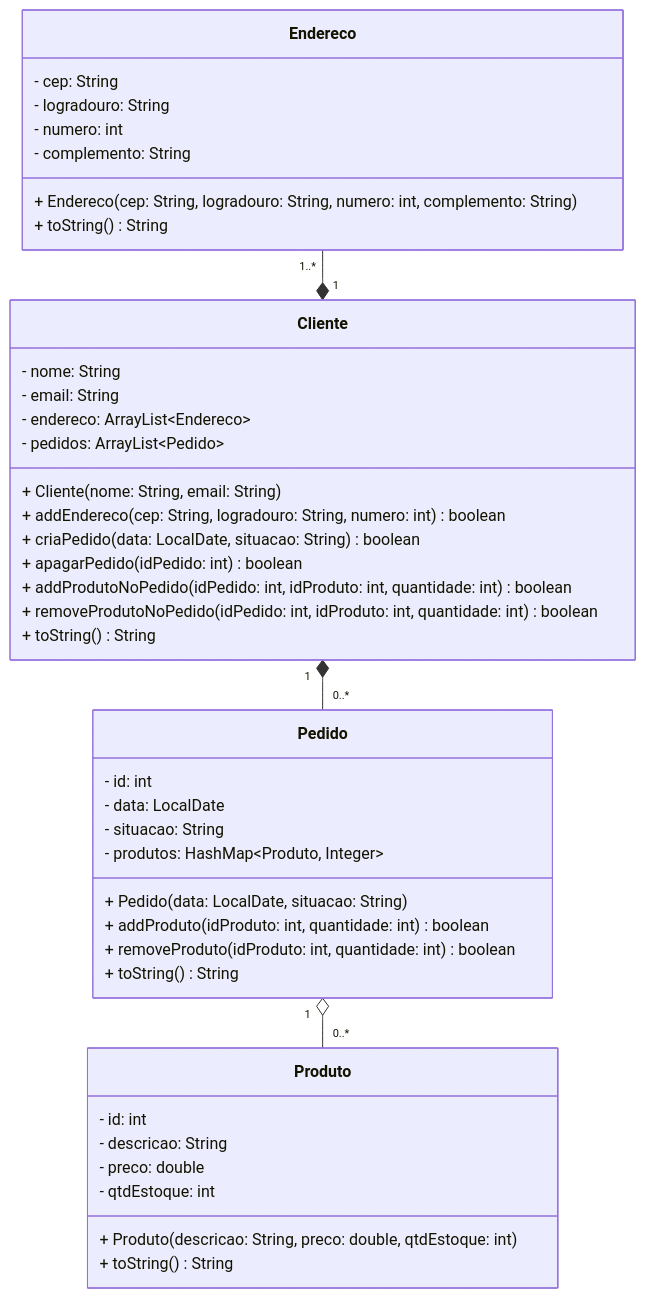
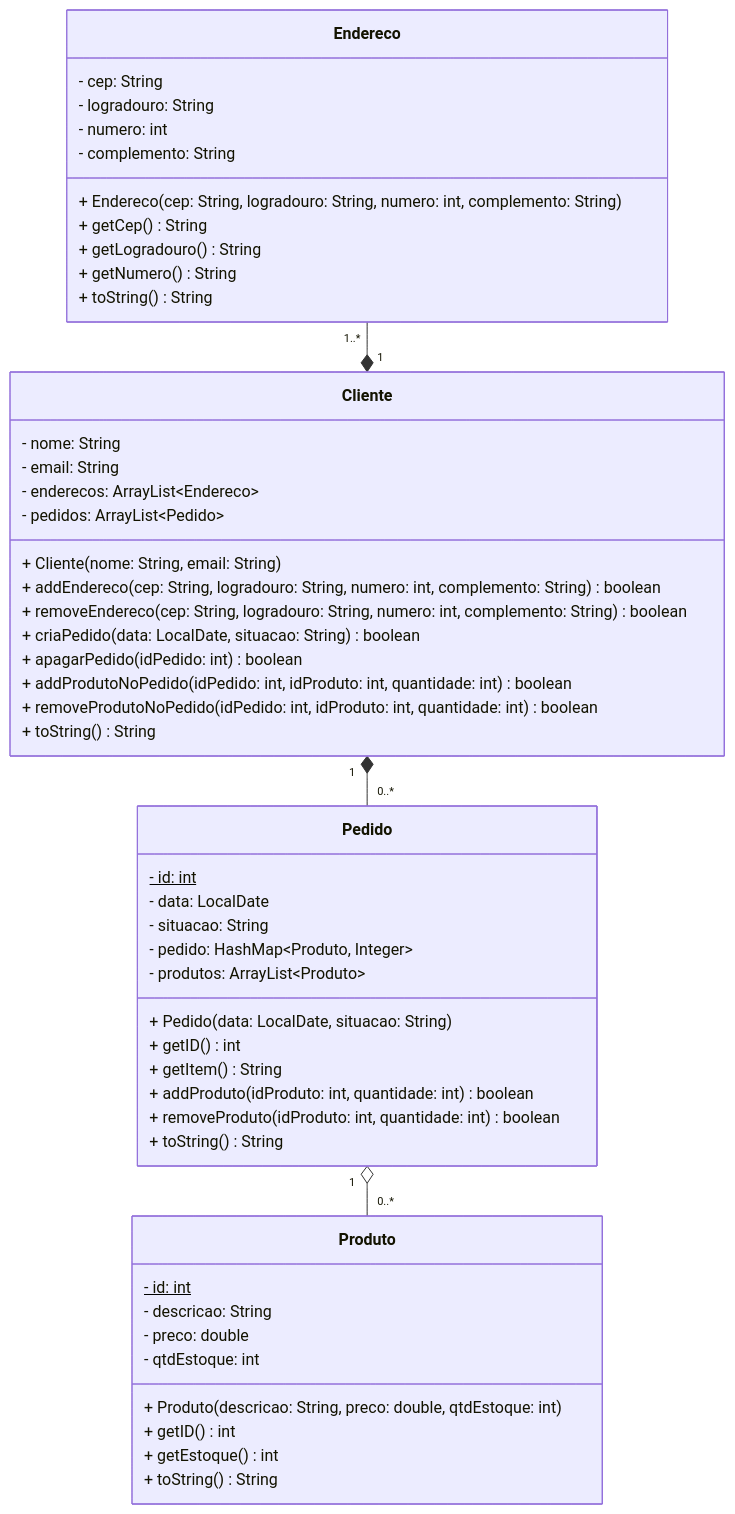
Before and after one commit to yanvpp/POO: the diagram in lab_05/exercicio_01/Readme.md, drawn with Mermaid.

Commit message:
atualizando UML

````diff
--- a/lab_05/exercicio_01/Readme.md
+++ b/lab_05/exercicio_01/Readme.md
@@ -3,51 +3,60 @@
 ```mermaid
 classDiagram
     direction TB
 
     Endereco"1..*" --* "1"Cliente
     Cliente"1" *-- "0..*"Pedido
     Pedido"1" o-- "0..*"Produto
 
     class Produto {
-        - id: int
+        - id: int$
         - descricao: String
         - preco: double
         - qtdEstoque: int
         + Produto(descricao: String, preco: double, qtdEstoque: int)
+        + getID() int
+        + getEstoque() int
         + toString() String
     }
 
     class Cliente {
         - nome: String
         - email: String
-        - endereco: ArrayList~Endereco~
+        - enderecos: ArrayList~Endereco~
         - pedidos: ArrayList~Pedido~
         + Cliente(nome: String, email: String)
-        + addEndereco(cep: String, logradouro: String, numero: int) boolean
+        + addEndereco(cep: String, logradouro: String, numero: int, complemento: String) boolean
+        + removeEndereco(cep: String, logradouro: String, numero: int, complemento: String) boolean
         + criaPedido(data: LocalDate, situacao: String) boolean
         + apagarPedido(idPedido: int) boolean
         + addProdutoNoPedido(idPedido: int, idProduto: int, quantidade: int) boolean
         + removeProdutoNoPedido(idPedido: int, idProduto: int, quantidade: int) boolean
         + toString() String
     }
             
     class Endereco {
         - cep: String
         - logradouro: String
         - numero: int
         - complemento: String
         + Endereco(cep: String, logradouro: String, numero: int, complemento: String)
+        + getCep() String
+        + getLogradouro() String
+        + getNumero() String
         + toString() String
     }
                 
     class Pedido {
-        - id: int
+        - id: int$
         - data: LocalDate
         - situacao: String
-        - produtos: HashMap~Produto, Integer~
+        - pedido: HashMap~Produto, Integer~
+        - produtos: ArrayList~Produto~
         + Pedido(data: LocalDate, situacao: String)
+        + getID() int
+        + getItem() String
         + addProduto(idProduto: int, quantidade: int) boolean
         + removeProduto(idProduto: int, quantidade: int) boolean
         + toString() String
     }
 ```
````
